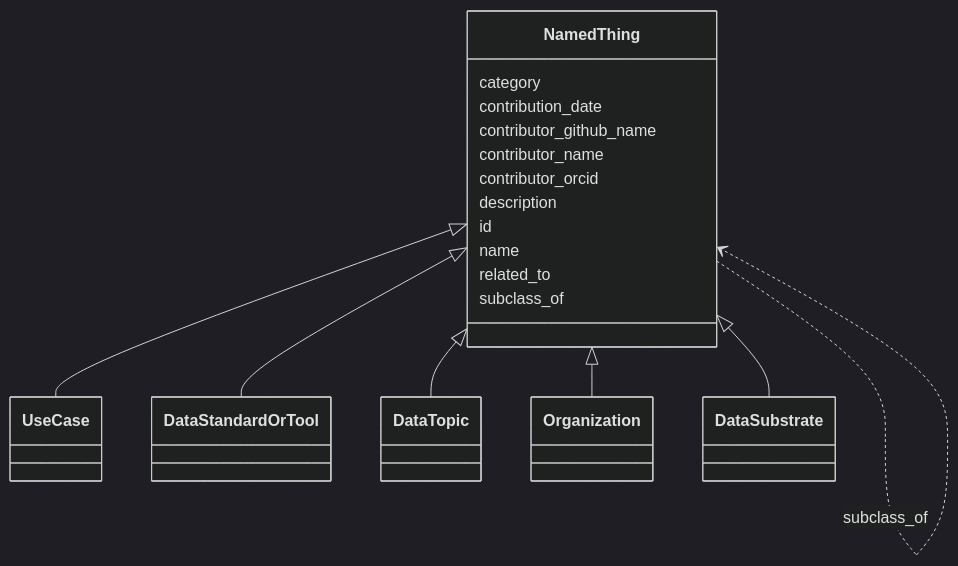
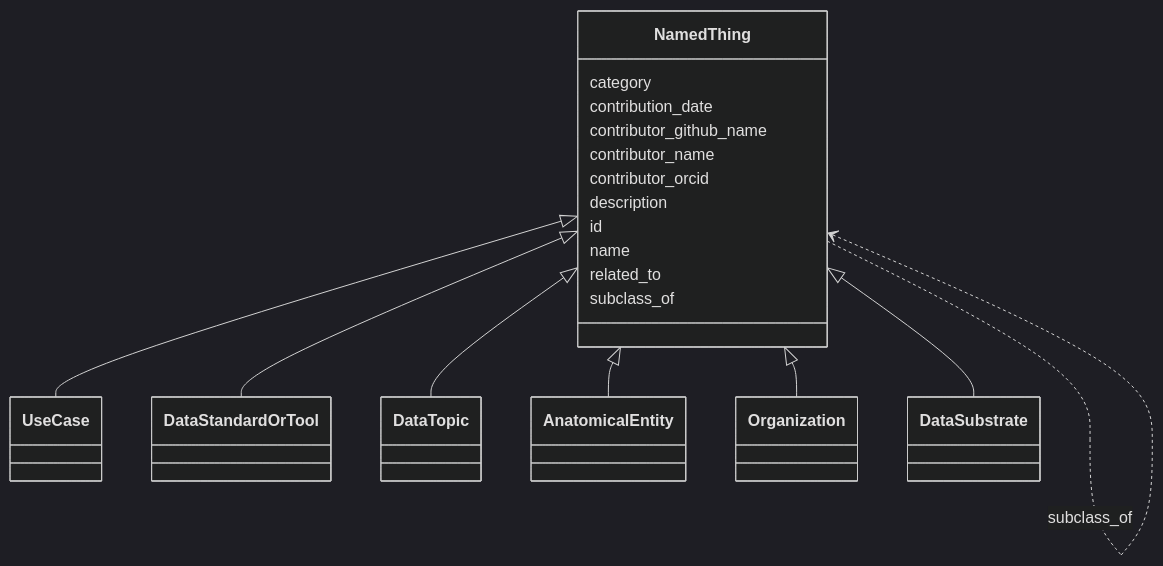
The diagram in docs/NamedThing.md (bridge2ai/standards-schemas), drawn with Mermaid (dark theme) before and after one commit. The commit also changed other lines of this file and 39 other files, not shown here.

````diff
--- a/docs/NamedThing.md
+++ b/docs/NamedThing.md
@@ -11,35 +11,36 @@
 ```mermaid
  classDiagram
     class NamedThing
       NamedThing <|-- UseCase
       NamedThing <|-- DataStandardOrTool
       NamedThing <|-- DataTopic
+      NamedThing <|-- AnatomicalEntity
       NamedThing <|-- Organization
       NamedThing <|-- DataSubstrate
       
       NamedThing : category
         
       NamedThing : contribution_date
         
       NamedThing : contributor_github_name
         
       NamedThing : contributor_name
         
       NamedThing : contributor_orcid
         
       NamedThing : description
         
       NamedThing : id
         
       NamedThing : name
         
       NamedThing : related_to
         
           NamedThing ..> NamedThing : related_to
         
       NamedThing : subclass_of
         
           NamedThing ..> NamedThing : subclass_of
         
       
 ```
````
